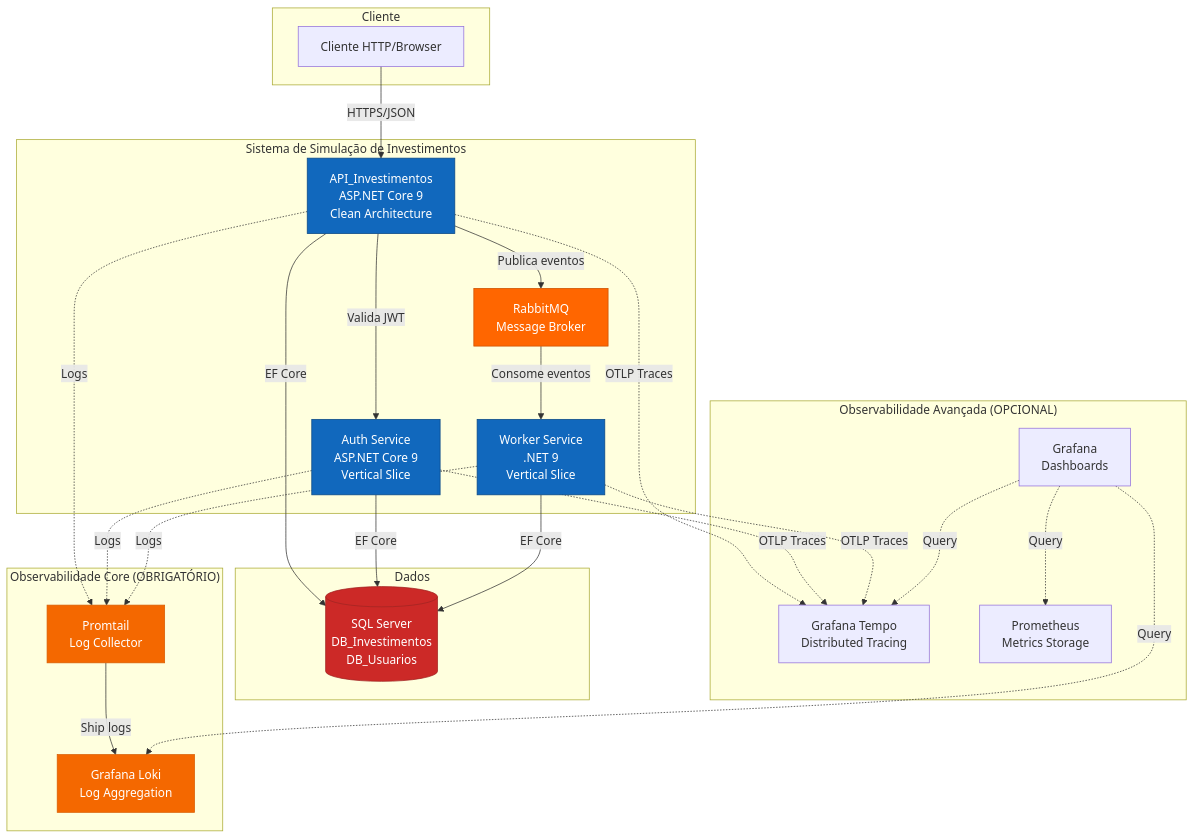
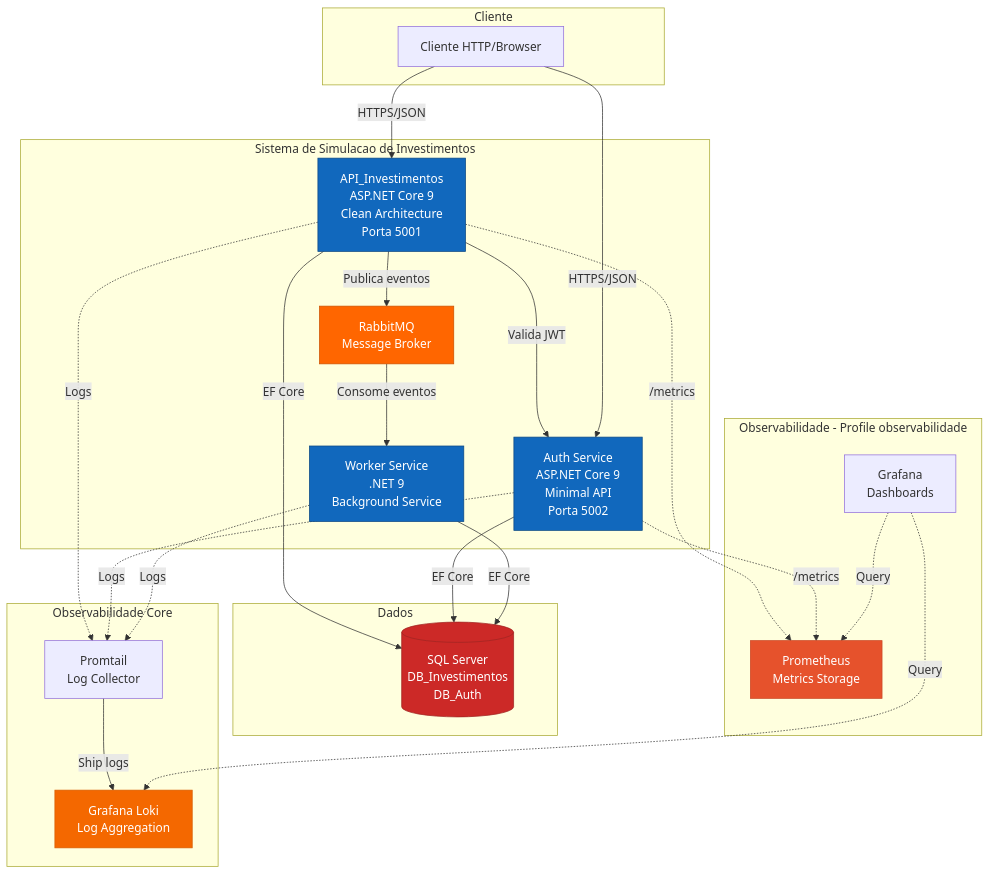
The diagram in docs/ARQUITETURA.md (georgelucasvieira/SIINV), drawn with Mermaid before and after one commit. The commit also changed other lines of this file and 13 other files, not shown here.

````diff
--- a/docs/ARQUITETURA.md
+++ b/docs/ARQUITETURA.md
@@ -59,60 +35,58 @@
 ```mermaid
 graph TB
     subgraph "Cliente"
         Client[Cliente HTTP/Browser]
     end
 
-    subgraph "Sistema de Simulação de Investimentos"
-        API[API_Investimentos<br/>ASP.NET Core 9<br/>Clean Architecture]
-        Auth[Auth Service<br/>ASP.NET Core 9<br/>Vertical Slice]
-        Worker[Worker Service<br/>.NET 9<br/>Vertical Slice]
+    subgraph "Sistema de Simulacao de Investimentos"
+        API[API_Investimentos<br/>ASP.NET Core 9<br/>Clean Architecture<br/>Porta 5001]
+        Auth[Auth Service<br/>ASP.NET Core 9<br/>Minimal API<br/>Porta 5002]
+        Worker[Worker Service<br/>.NET 9<br/>Background Service]
 
         RMQ[RabbitMQ<br/>Message Broker]
 
         API -->|Valida JWT| Auth
         API -->|Publica eventos| RMQ
         RMQ -->|Consome eventos| Worker
     end
 
     subgraph "Dados"
-        DB[(SQL Server<br/>DB_Investimentos<br/>DB_Usuarios)]
+        DB[(SQL Server<br/>DB_Investimentos<br/>DB_Auth)]
     end
 
-    subgraph "Observabilidade Core (OBRIGATÓRIO)"
+    subgraph "Observabilidade Core"
         Loki[Grafana Loki<br/>Log Aggregation]
         Promtail[Promtail<br/>Log Collector]
     end
 
-    subgraph "Observabilidade Avançada (OPCIONAL)"
-        Tempo[Grafana Tempo<br/>Distributed Tracing]
+    subgraph "Observabilidade - Profile observabilidade"
         Prometheus[Prometheus<br/>Metrics Storage]
         Grafana[Grafana<br/>Dashboards]
     end
 
     Client -->|HTTPS/JSON| API
+    Client -->|HTTPS/JSON| Auth
 
     API -->|EF Core| DB
     Auth -->|EF Core| DB
     Worker -->|EF Core| DB
 
     API -.->|Logs| Promtail
     Auth -.->|Logs| Promtail
     Worker -.->|Logs| Promtail
     Promtail -->|Ship logs| Loki
 
-    API -.->|OTLP Traces| Tempo
-    Auth -.->|OTLP Traces| Tempo
-    Worker -.->|OTLP Traces| Tempo
+    API -.->|/metrics| Prometheus
+    Auth -.->|/metrics| Prometheus
 
     Grafana -.->|Query| Loki
-    Grafana -.->|Query| Tempo
     Grafana -.->|Query| Prometheus
 
     style API fill:#1168bd,stroke:#0b4884,color:#ffffff
     style Auth fill:#1168bd,stroke:#0b4884,color:#ffffff
     style Worker fill:#1168bd,stroke:#0b4884,color:#ffffff
     style RMQ fill:#ff6600,stroke:#cc5200,color:#ffffff
     style DB fill:#cc2927,stroke:#a02523,color:#ffffff
     style Loki fill:#f46800,stroke:#d95d00,color:#ffffff
-    style Promtail fill:#f46800,stroke:#d95d00,color:#ffffff
+    style Prometheus fill:#e6522c,stroke:#cc4826,color:#ffffff
 ```
````
